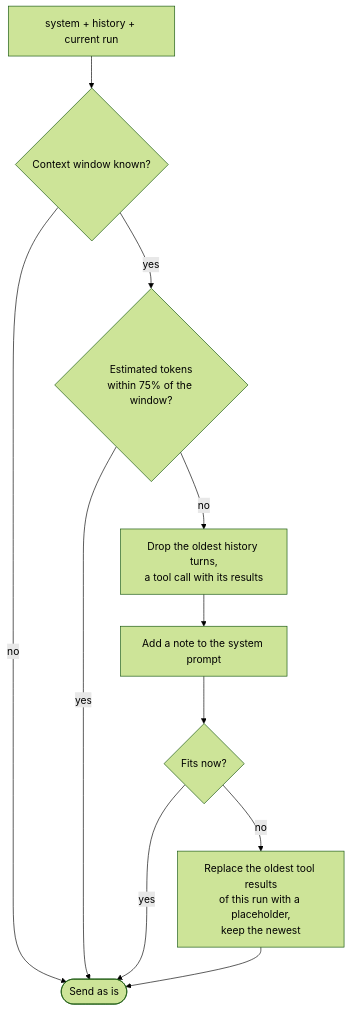
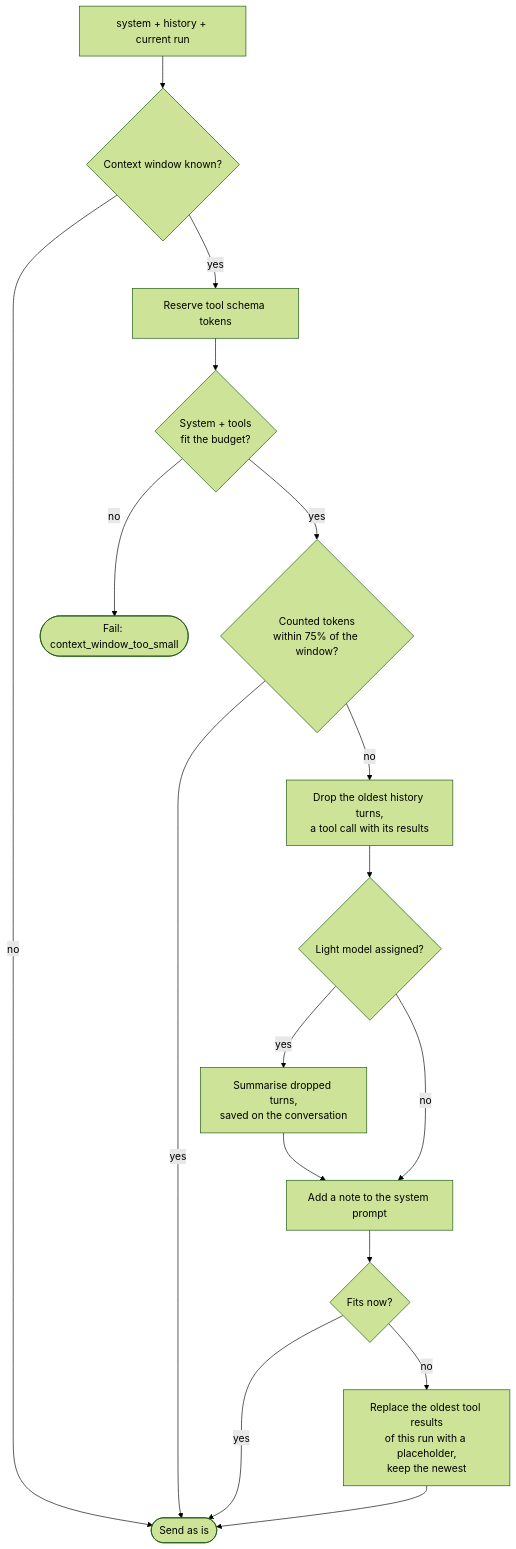
The seventh of 13 diagrams in docs/ai-architecture.md (EslamAlaaZaki/dawam), drawn with Mermaid (forest theme) before and after one commit. The commit also changed other lines of this file and 1 other file, not shown here.

Commit message:
docs: update AI docs for Epic 20 context budget and token cost (#415)

````diff
--- a/docs/ai-architecture.md
+++ b/docs/ai-architecture.md
@@ -353,13 +356,19 @@
 ```mermaid
 flowchart TD
     IN["system + history + current run"] --> W{"Context window known?"}
     W -->|no| OUT(["Send as is"])
-    W -->|yes| B{"Estimated tokens<br/>within 75% of the window?"}
+    W -->|yes| RS["Reserve tool schema tokens"]
+    RS --> TS{"System + tools<br/>fit the budget?"}
+    TS -->|no| FAIL(["Fail: context_window_too_small"])
+    TS -->|yes| B{"Counted tokens<br/>within 75% of the window?"}
     B -->|yes| OUT
     B -->|no| D1["Drop the oldest history turns,<br/>a tool call with its results"]
-    D1 --> N["Add a note to the system prompt"]
+    D1 --> L{"Light model assigned?"}
+    L -->|yes| SM["Summarise dropped turns,<br/>saved on the conversation"]
+    L -->|no| N["Add a note to the system prompt"]
+    SM --> N
     N --> B2{"Fits now?"}
     B2 -->|yes| OUT
     B2 -->|no| D2["Replace the oldest tool results<br/>of this run with a placeholder,<br/>keep the newest"]
     D2 --> OUT
 ```
````
